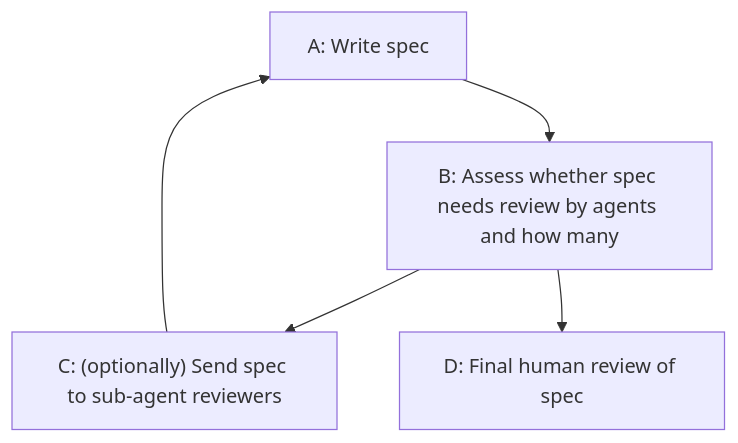
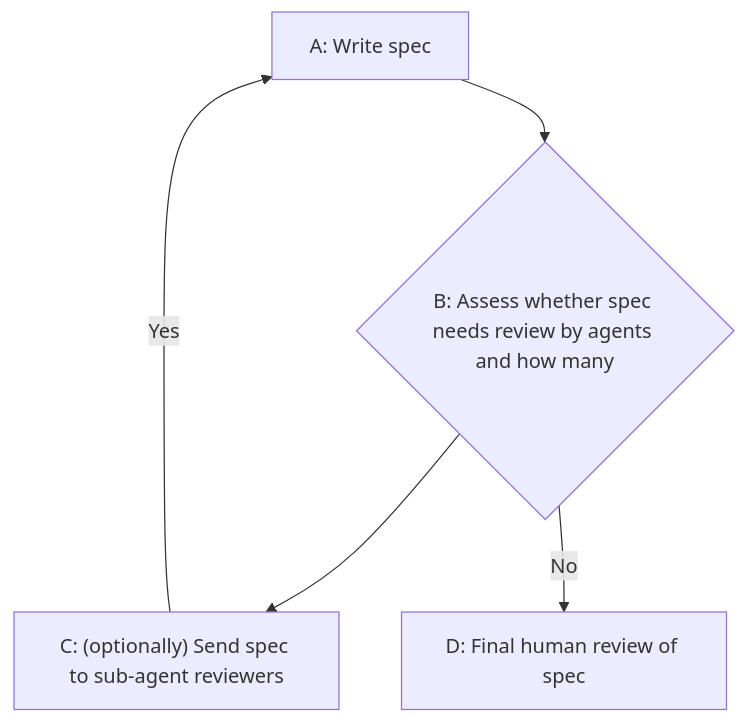
Before and after one commit to ky1ejs/kylejs-site: the first of 2 diagrams in posts/published/2026-01-20-multi-agent-spec-review.mdx, drawn with Mermaid. The commit also changed other lines of this file, not shown here.

Commit message:
Readability improvements

````diff
--- a/posts/published/2026-01-20-multi-agent-spec-review.mdx
+++ b/posts/published/2026-01-20-multi-agent-spec-review.mdx
@@ -49,13 +51,13 @@
 ```mermaid
 flowchart TD
   A["A: Write spec"]
-  B["B: Assess whether spec needs review by agents and how many"]
+  B{"B: Assess whether spec needs review by agents and how many"}
   C["C: (optionally) Send spec to sub-agent reviewers"]
   
   D["D: Final human review of spec"]
 
   A --> B
   B --> C
-  C --> A
-  B --> D
+  C -->|Yes| A
+  B -->|No| D
 ```
````
